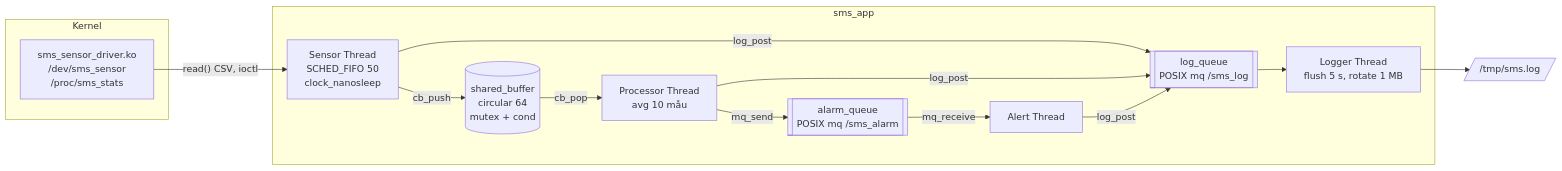
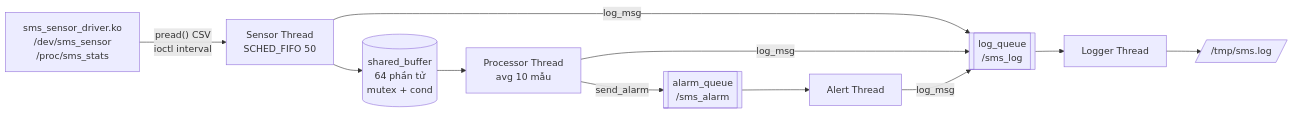
Before and after one commit to battousai1504-semi/Linux-operation-system---Labs-and-Assigments: the diagram in Assignment-2/README.md, drawn with Mermaid. The commit also changed other lines of this file and 40 other files, not shown here.

````diff
--- a/Assignment-2/README.md
+++ b/Assignment-2/README.md
@@ -19,19 +35,15 @@
 ```mermaid
 flowchart LR
-    subgraph Kernel
-        DRV["sms_sensor_driver.ko<br/>/dev/sms_sensor<br/>/proc/sms_stats"]
-    end
-    subgraph sms_app
-        S["Sensor Thread<br/>SCHED_FIFO 50<br/>clock_nanosleep"]
-        CB[("shared_buffer<br/>circular 64<br/>mutex + cond")]
-        P["Processor Thread<br/>avg 10 mẫu"]
-        A["Alert Thread"]
-        L["Logger Thread<br/>flush 5 s, rotate 1 MB"]
-        AQ[["alarm_queue<br/>POSIX mq /sms_alarm"]]
-        LQ[["log_queue<br/>POSIX mq /sms_log"]]
-    end
-    DRV -- "read() CSV, ioctl" --> S
-    S -- cb_push --> CB -- cb_pop --> P
-    P -- mq_send --> AQ -- mq_receive --> A
-    S & P & A -- log_post --> LQ --> L --> F[/"/tmp/sms.log"/]
+    DRV["sms_sensor_driver.ko<br/>/dev/sms_sensor<br/>/proc/sms_stats"]
+    S["Sensor Thread<br/>SCHED_FIFO 50"]
+    CB[("shared_buffer<br/>64 phần tử<br/>mutex + cond")]
+    P["Processor Thread<br/>avg 10 mẫu"]
+    AQ[["alarm_queue<br/>/sms_alarm"]]
+    A["Alert Thread"]
+    LQ[["log_queue<br/>/sms_log"]]
+    L["Logger Thread"]
+    F[/"/tmp/sms.log"/]
+    DRV -- "pread() CSV<br/>ioctl interval" --> S --> CB --> P
+    P -- send_alarm --> AQ --> A
+    S & P & A -- log_msg --> LQ --> L --> F
 ```
````
